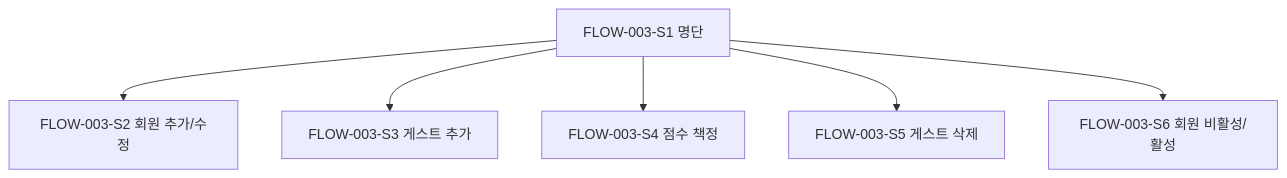
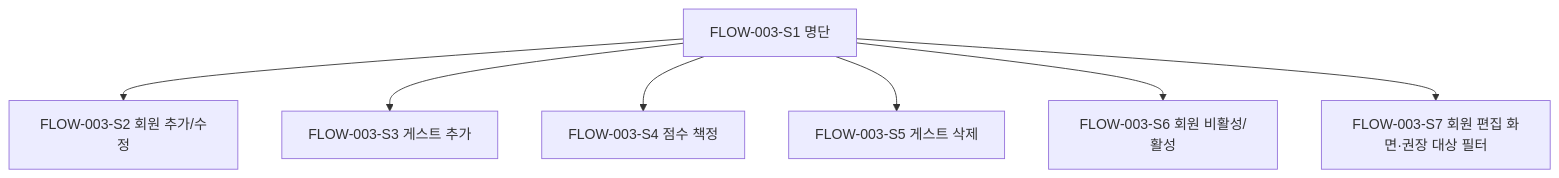
Before and after one commit to hoik-ryu/badminton-playbook: the third of 8 diagrams in docs/planning/04-user-flows.md, drawn with Mermaid. The commit also changed other lines of this file and 5 other files, not shown here.

````diff
--- a/docs/planning/04-user-flows.md
+++ b/docs/planning/04-user-flows.md
@@ -83,8 +87,9 @@
 ```mermaid
 flowchart TD
   S1[FLOW-003-S1 명단] --> S2[FLOW-003-S2 회원 추가/수정]
   S1 --> S3[FLOW-003-S3 게스트 추가]
   S1 --> S4[FLOW-003-S4 점수 책정]
   S1 --> S5[FLOW-003-S5 게스트 삭제]
   S1 --> S6[FLOW-003-S6 회원 비활성/활성]
+  S1 --> S7[FLOW-003-S7 회원 편집 화면·권장 대상 필터]
 ```
````
